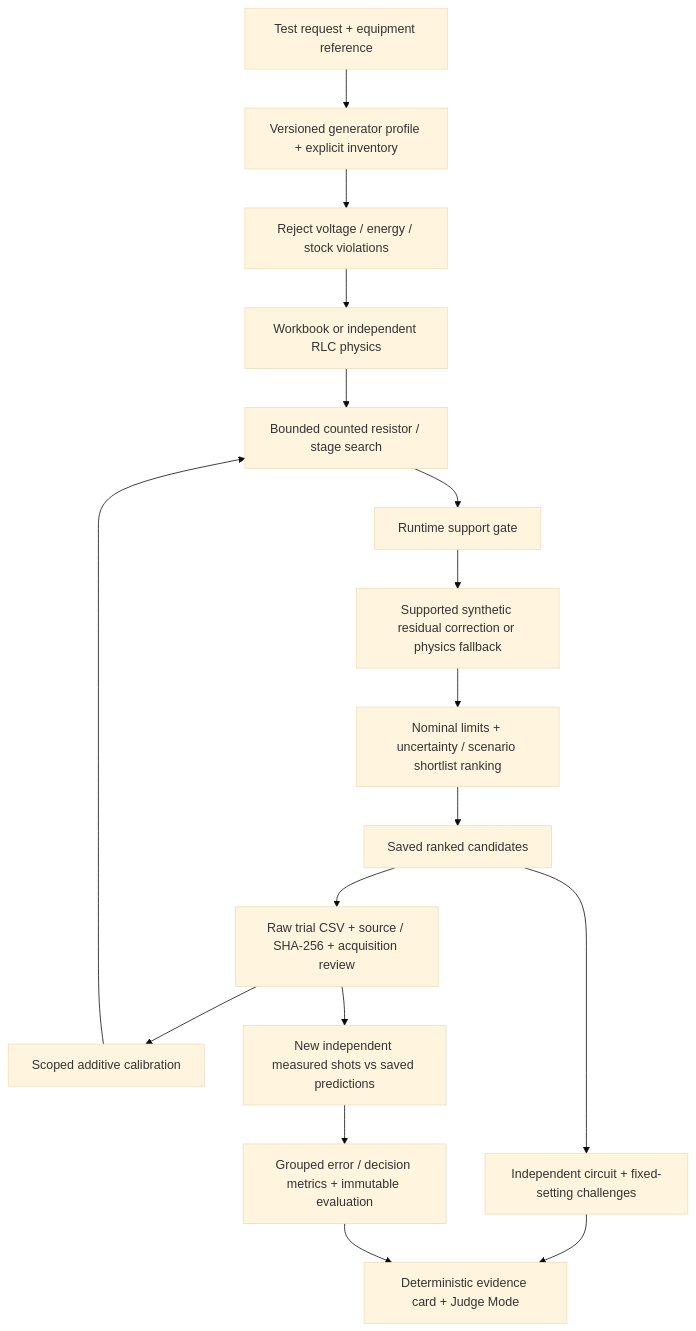
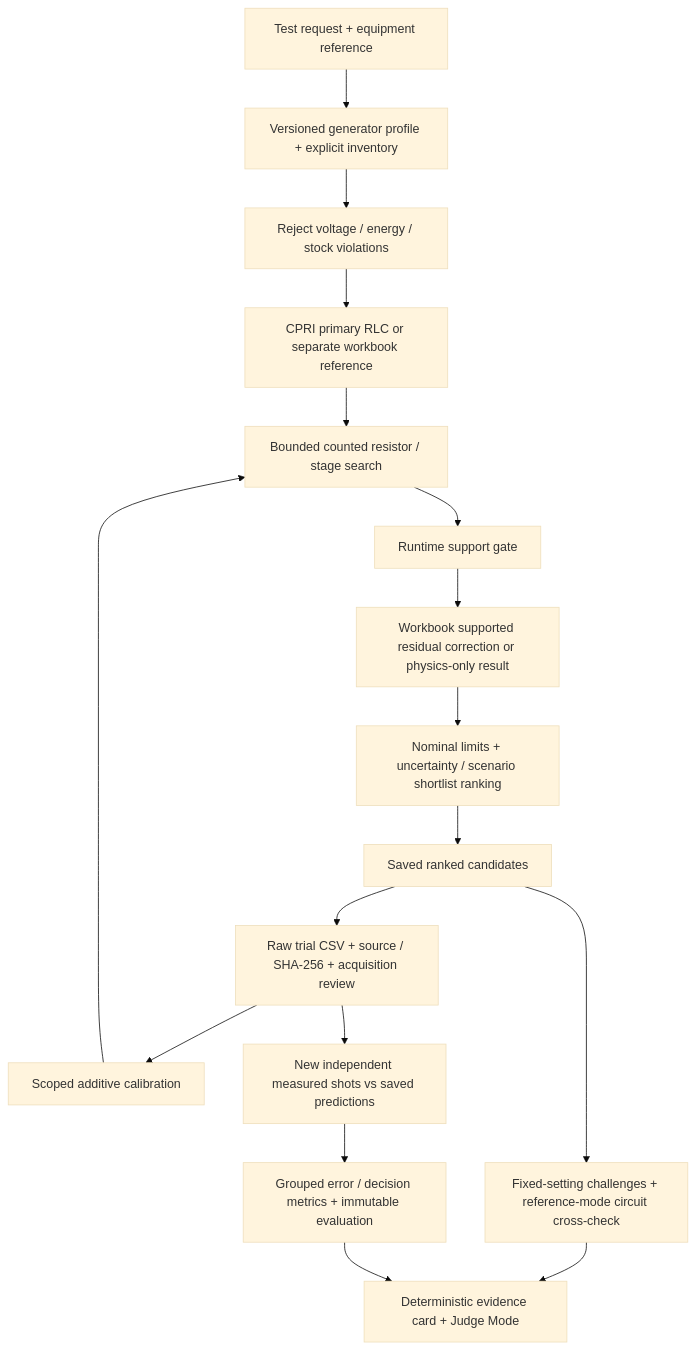
The diagram in docs/architecture.md (Siddhanthkjain2005/Impulse), drawn with Mermaid (base theme) before and after one commit. The commit also changed other lines of this file and 137 other files, not shown here.

Commit message:
Harden CPRI circuit optimization and polish engineering UI

````diff
--- a/docs/architecture.md
+++ b/docs/architecture.md
@@ -3,19 +3,19 @@
 ```mermaid
 flowchart TD
   A[Test request + equipment reference] --> B[Versioned generator profile + explicit inventory]
   B --> C[Reject voltage / energy / stock violations]
-  C --> D[Workbook or independent RLC physics]
+  C --> D[CPRI primary RLC or separate workbook reference]
   D --> E[Bounded counted resistor / stage search]
   E --> F[Runtime support gate]
-  F --> G[Supported synthetic residual correction or physics fallback]
+  F --> G[Workbook supported residual correction or physics-only result]
   G --> H[Nominal limits + uncertainty / scenario shortlist ranking]
   H --> I[Saved ranked candidates]
-  I --> J[Independent circuit + fixed-setting challenges]
+  I --> J[Fixed-setting challenges + reference-mode circuit cross-check]
   J --> K[Deterministic evidence card + Judge Mode]
   I --> L[Raw trial CSV + source / SHA-256 + acquisition review]
   L --> M[Scoped additive calibration]
   M --> E
   L --> N[New independent measured shots vs saved predictions]
   N --> O[Grouped error / decision metrics + immutable evaluation]
   O --> K
 ```
````
